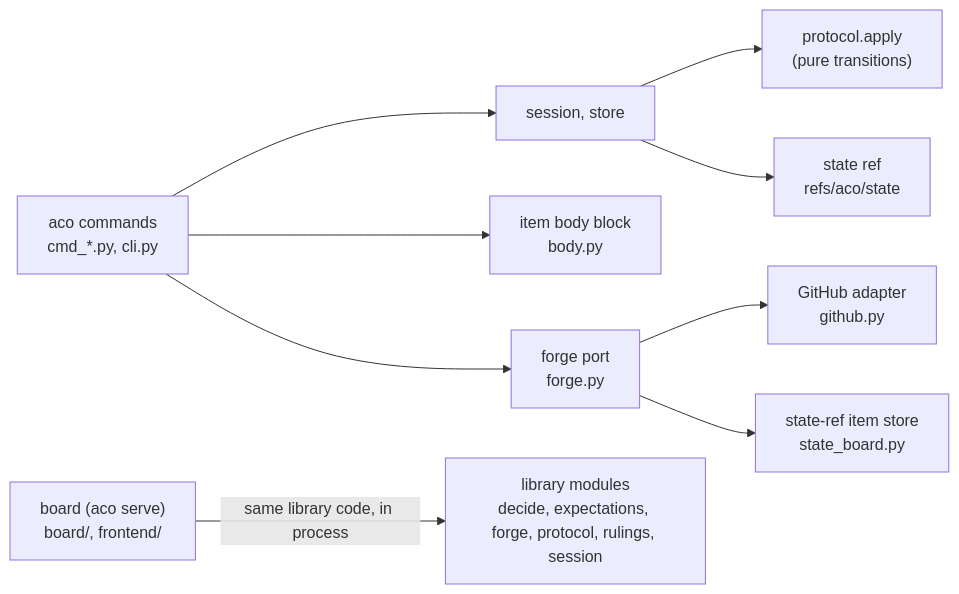
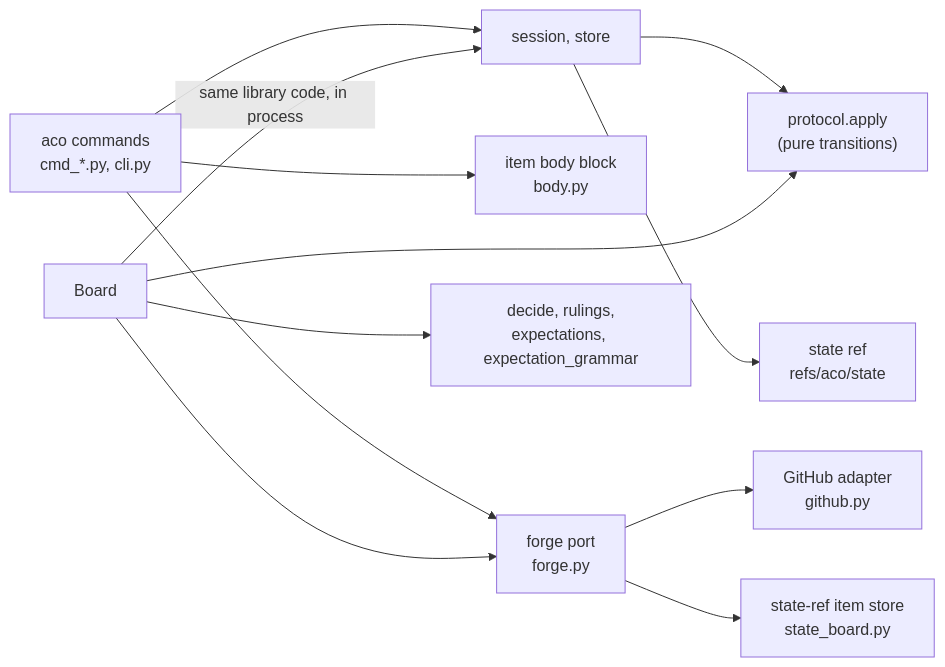
The second of 3 diagrams in docs/ARCHITECTURE.md (overnightworks/aco), drawn with Mermaid before and after one commit. The commit also changed other lines of this file, not shown here.

Commit message:
Draw the board's edges to the existing library nodes and rewrap two lines

````diff
--- a/docs/ARCHITECTURE.md
+++ b/docs/ARCHITECTURE.md
@@ -29,11 +29,14 @@
 ```mermaid
 flowchart LR
     CLI["aco commands<br/>cmd_*.py, cli.py"] --> Session["session, store"]
     Session --> Protocol["protocol.apply<br/>(pure transitions)"]
     Session --> Store["state ref<br/>refs/aco/state"]
     CLI --> Body["item body block<br/>body.py"]
     CLI --> Port["forge port<br/>forge.py"]
     Port --> GitHub["GitHub adapter<br/>github.py"]
     Port --> StateBoard["state-ref item store<br/>state_board.py"]
-    Board["board (aco serve)<br/>board/, frontend/"] -->|"same library code, in process"| Library["library modules<br/>decide, expectations, forge, protocol, rulings, session"]
+    Board -->|"same library code, in process"| Session
+    Board --> Protocol
+    Board --> Port
+    Board --> Decisions["decide, rulings,<br/>expectations, expectation_grammar"]
 ```
````
